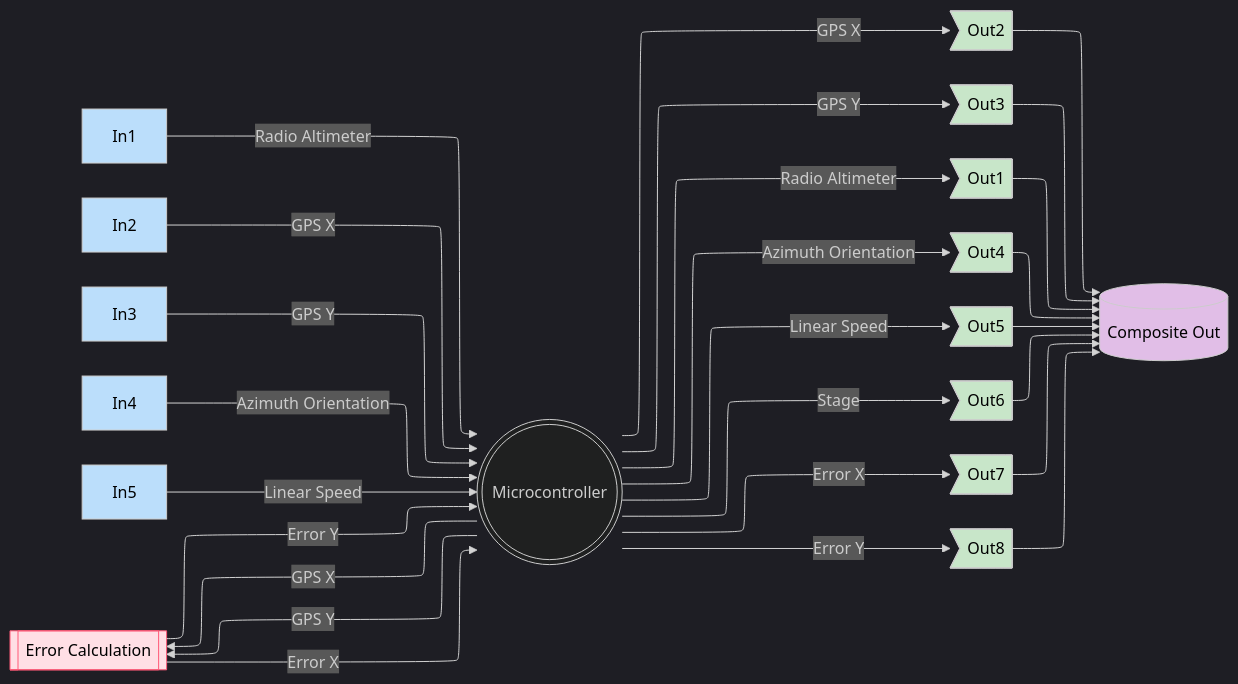
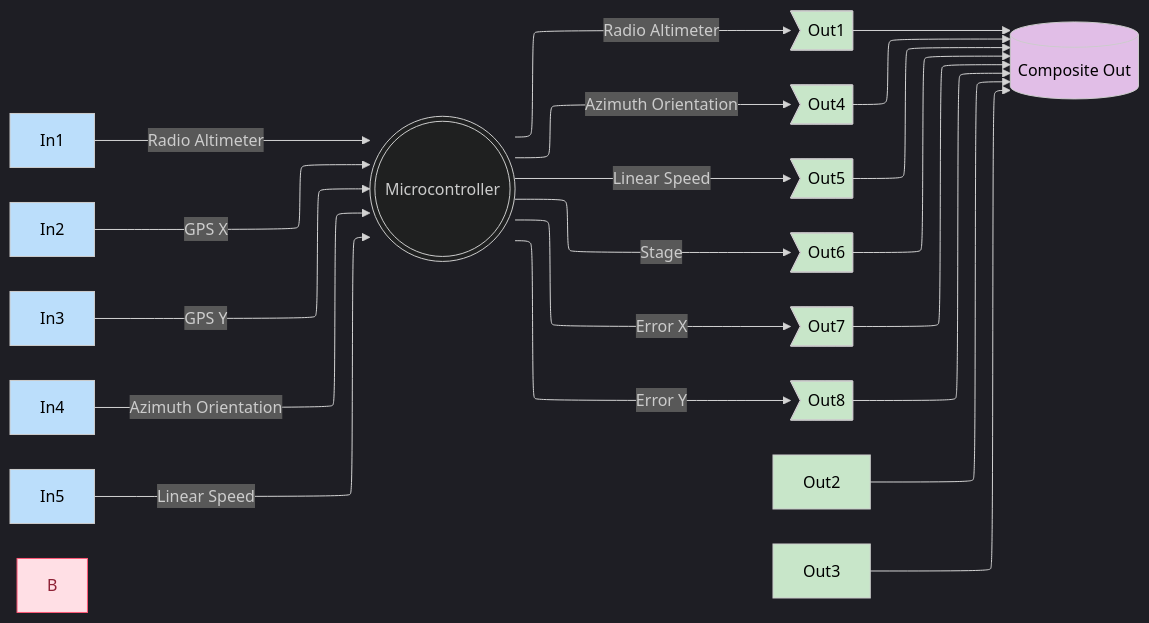
One commit to clxrickx/ASTRA changed the diagram in .hware/wiring.md. Above: the diagram before and after it, drawn with Mermaid. The commit also changed other lines of this file, not shown here.

Commit message:
Removed Error Calculation Wiring
it's firmware not hardware, haha

````diff
--- a/.hware/wiring.md
+++ b/.hware/wiring.md
@@ -2,49 +2,44 @@
 ```mermaid
 ---
 config:
   layout: elk
   theme: dark
 ---
 flowchart LR
     In1["In1"] -- Radio Altimeter --> A((("Microcontroller")))
     In2["In2"] -- GPS X --> A
     In3["In3"] -- GPS Y --> A
     In4["In4"] -- Azimuth Orientation --> A
     In5["In5"] -- Linear Speed --> A
-    A -- GPS X --> B[["Error Calculation"]] & Out2>"Out2"]
-    A -- GPS Y --> B & Out3>"Out3"]
-    B -- Error X --> A
-    B -- Error Y --> A
     A -- Radio Altimeter --> Out1>"Out1"]
     A -- Azimuth Orientation --> Out4>"Out4"]
     A -- Linear Speed --> Out5>"Out5"]
     A -- Stage --> Out6>"Out6"]
     A -- Error X --> Out7>"Out7"]
     A -- Error Y --> Out8>"Out8"]
     Out1 --> G[("Composite Out")]
     Out2 --> G
     Out3 --> G
     Out4 --> G
     Out5 --> G
     Out6 --> G
     Out7 --> G
     Out8 --> G
 
      B:::Rose
     classDef Rose stroke-width:1px, stroke-dasharray:none, stroke:#FF5978, fill:#FFDFE5, color:#8E2236
     style In1 fill:#BBDEFB,color:#000000
     style In2 fill:#BBDEFB,color:#000000
     style In3 fill:#BBDEFB,color:#000000
     style In4 fill:#BBDEFB,color:#000000
     style In5 fill:#BBDEFB,color:#000000
-    style B color:#000000
     style Out2 fill:#C8E6C9,color:#000000
     style Out3 fill:#C8E6C9,color:#000000
     style Out1 fill:#C8E6C9,color:#000000
     style Out4 fill:#C8E6C9,color:#000000
     style Out5 fill:#C8E6C9,color:#000000
     style Out6 fill:#C8E6C9,color:#000000
     style Out7 fill:#C8E6C9,color:#000000
     style Out8 fill:#C8E6C9,color:#000000
     style G fill:#E1BEE7,color:#000000
 ```
````
